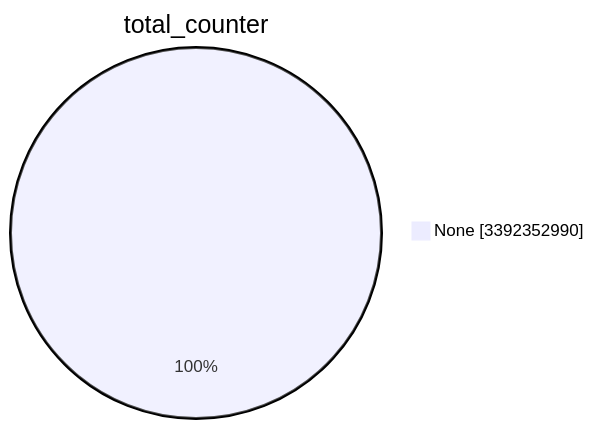
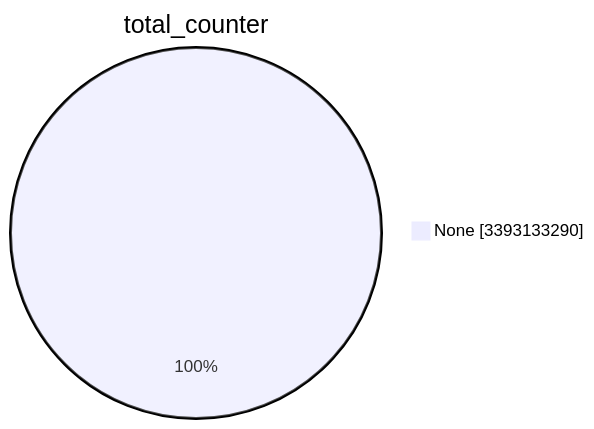
One commit to christiankrug/ctmonitor_visualization changed the first of 15 diagrams in TOTAL/README.md. Above: the diagram before and after it, drawn with Mermaid. The commit also changed other lines of this file, not shown here.

````diff
--- a/TOTAL/README.md
+++ b/TOTAL/README.md
@@ -1,5 +1,5 @@
 ```mermaid
 pie showData
 title total_counter
-"None" :3392352990
+"None" :3393133290
 ```
````
